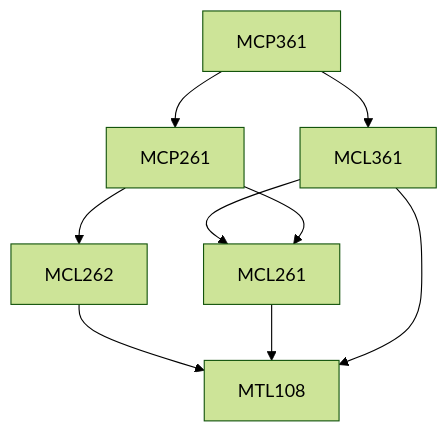
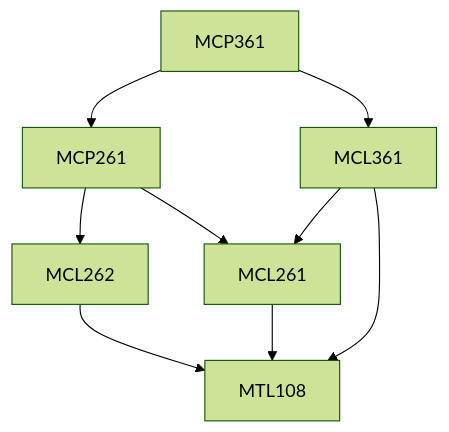
Before and after one commit to KeshavBansal0122/CoS_Website: the diagram in content/Mechanical Engineering/MCP361.md, drawn with Mermaid (forest theme). The commit also changed other lines of this file and 2662 other files, not shown here.

````diff
--- a/content/Mechanical Engineering/MCP361.md
+++ b/content/Mechanical Engineering/MCP361.md
@@ -13,15 +13,15 @@
 ```mermaid
 flowchart TD
 MCP361-474[MCP361]
-MCL361-474 --> MCL261-474[MCL261]
-MCL262-474 --> MTL108-474[MTL108]
-MCP361-474 --> MCL361-474[MCL361]
-MCP261-474 --> MCL261-474[MCL261]
-MCL261-474 --> MTL108-474[MTL108]
-MCL361-474 --> MTL108-474[MTL108]
 MCP261-474 --> MCL262-474[MCL262]
 MCP361-474 --> MCP261-474[MCP261]
+MCP361-474 --> MCL361-474[MCL361]
+MCL361-474 --> MCL261-474[MCL261]
+MCL261-474 --> MTL108-474[MTL108]
+MCL262-474 --> MTL108-474[MTL108]
+MCL361-474 --> MTL108-474[MTL108]
+MCP261-474 --> MCL261-474[MCL261]
 
 classDef empty height:17px, fill:transparent, stroke:transparent;
 classDef trueEmpty height:0px, width:0px;
 ```
````
